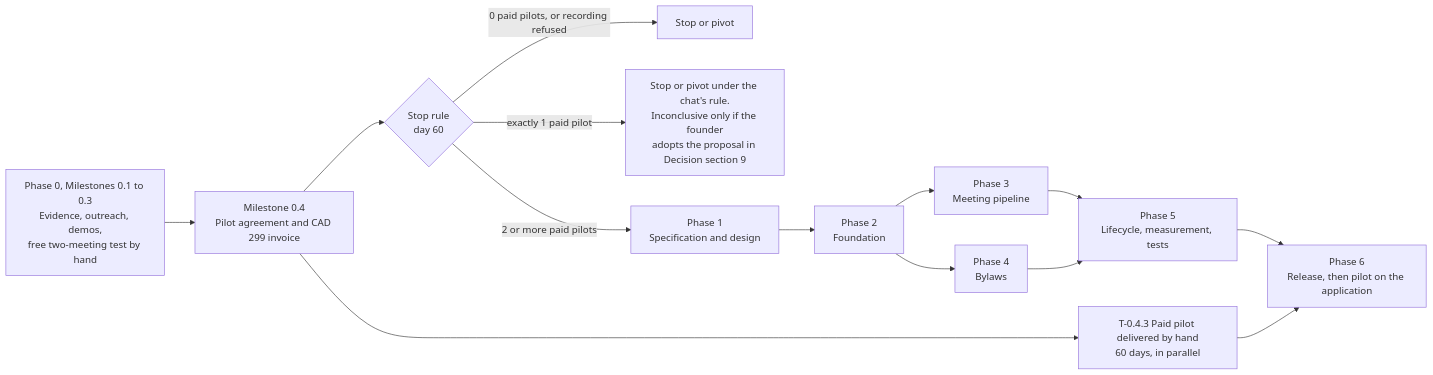
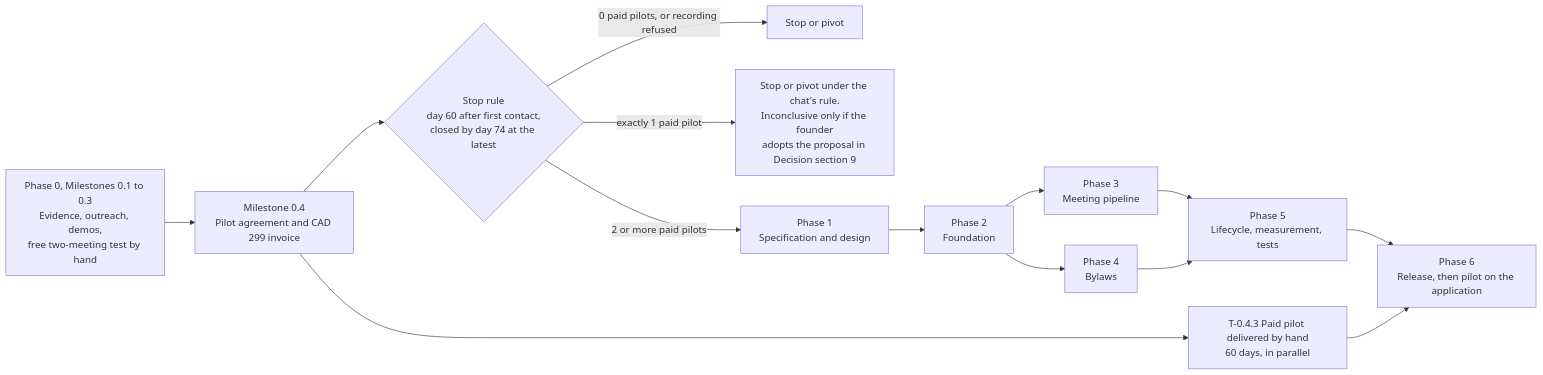
The diagram in execution-plan.md (ZakriaJutt/stratascribe-bc), drawn with Mermaid before and after one commit. The commit also changed other lines of this file and 3 other files, not shown here.

````diff
--- a/execution-plan.md
+++ b/execution-plan.md
@@ -13,16 +13,16 @@
 ```mermaid
 flowchart LR
   A["Phase 0, Milestones 0.1 to 0.3<br/>Evidence, outreach, demos,<br/>free two-meeting test by hand"] --> B["Milestone 0.4<br/>Pilot agreement and CAD 299 invoice"]
-  B --> G{"Stop rule<br/>day 60"}
+  B --> G{"Stop rule<br/>day 60 after first contact,<br/>closed by day 74 at the latest"}
   G -- "0 paid pilots, or recording refused" --> X["Stop or pivot"]
   G -- "exactly 1 paid pilot" --> Y["Stop or pivot under the chat's rule.<br/>Inconclusive only if the founder<br/>adopts the proposal in Decision section 9"]
   G -- "2 or more paid pilots" --> P1["Phase 1<br/>Specification and design"]
   B --> H["T-0.4.3 Paid pilot delivered by hand<br/>60 days, in parallel"]
   P1 --> P2["Phase 2<br/>Foundation"]
   P2 --> P3["Phase 3<br/>Meeting pipeline"]
   P2 --> P4["Phase 4<br/>Bylaws"]
   P3 --> P5["Phase 5<br/>Lifecycle, measurement, tests"]
   P4 --> P5
   P5 --> P6["Phase 6<br/>Release, then pilot on the application"]
   H --> P6
 ```
````
